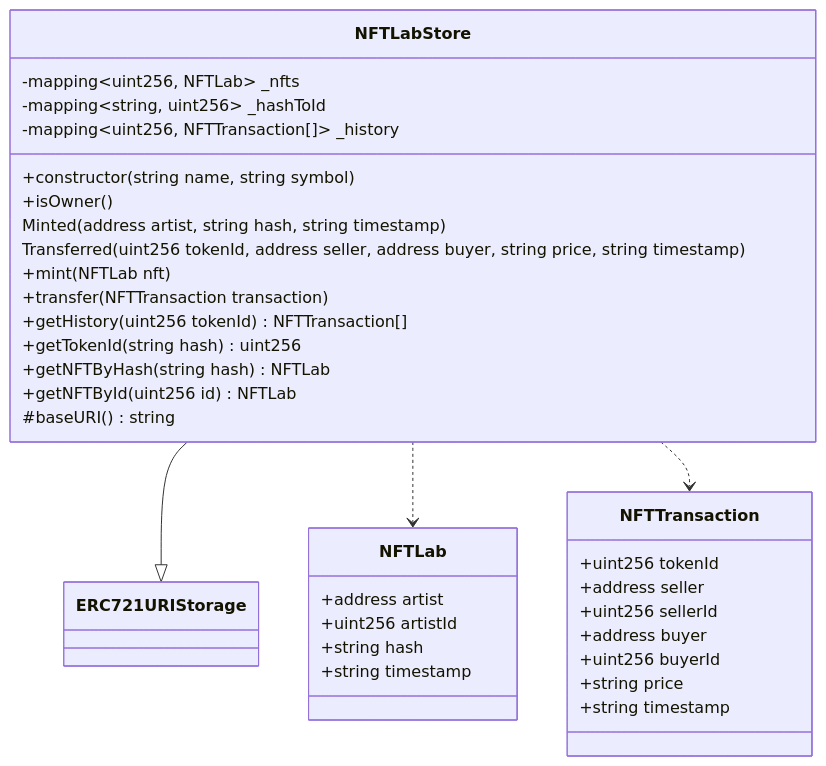
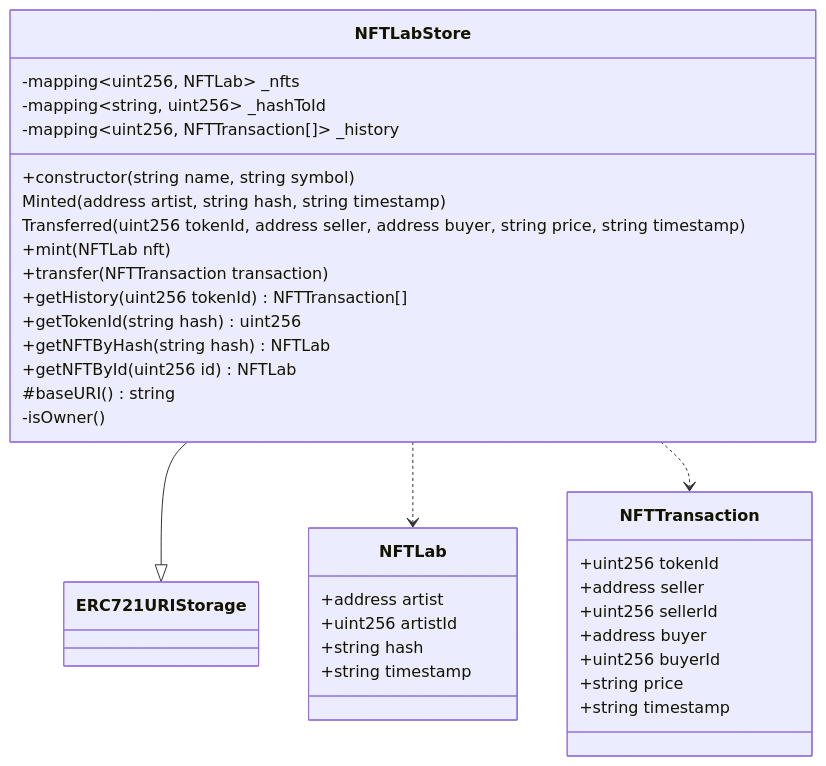
Before and after one commit to NFT-Lab/smart-contract-ethereum: the diagram in docs/classdiagram.mmd, drawn with Mermaid. The commit also changed 2 other files, not shown here.

```diff
--- a/docs/classdiagram.mmd
+++ b/docs/classdiagram.mmd
@@ -1,38 +1,38 @@
 classDiagram
     class ERC721URIStorage
 
 	class NFTLabStore
 	NFTLabStore : -mapping~uint256, NFTLab~ _nfts
 	NFTLabStore : -mapping~string, uint256~ _hashToId
 	NFTLabStore : -mapping~uint256, NFTTransaction[]~ _history
 
 	NFTLabStore : +constructor(string name, string symbol)
-	NFTLabStore : +isOwner()
 	NFTLabStore : Minted(address artist, string hash, string timestamp)
 	NFTLabStore : Transferred(uint256 tokenId, address seller, address buyer, string price, string timestamp)
 	NFTLabStore : +mint(NFTLab nft)
 	NFTLabStore : +transfer(NFTTransaction transaction)
 	NFTLabStore : +getHistory(uint256 tokenId) NFTTransaction[]
 	NFTLabStore : +getTokenId(string hash) uint256
 	NFTLabStore : +getNFTByHash(string hash) NFTLab
 	NFTLabStore : +getNFTById(uint256 id) NFTLab
 	NFTLabStore : #baseURI() string
+	NFTLabStore : -isOwner()
 
     NFTLabStore --|> ERC721URIStorage
 	NFTLabStore ..> NFTLab
 	NFTLabStore ..> NFTTransaction
 
 	class NFTLab
 	NFTLab : +address artist
 	NFTLab : +uint256 artistId
 	NFTLab : +string hash
 	NFTLab : +string timestamp
 
 	class NFTTransaction
 	NFTTransaction : +uint256 tokenId
 	NFTTransaction : +address seller
 	NFTTransaction : +uint256 sellerId
 	NFTTransaction : +address buyer
 	NFTTransaction : +uint256 buyerId
 	NFTTransaction : +string price
 	NFTTransaction : +string timestamp
```
